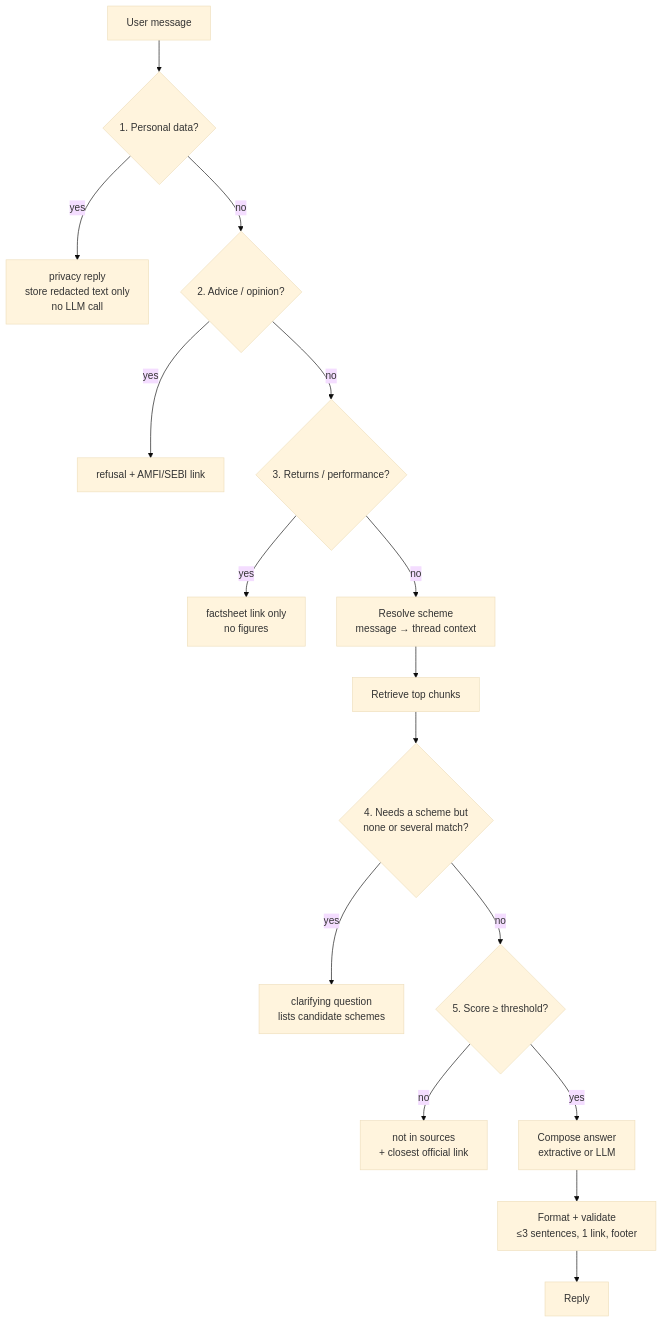
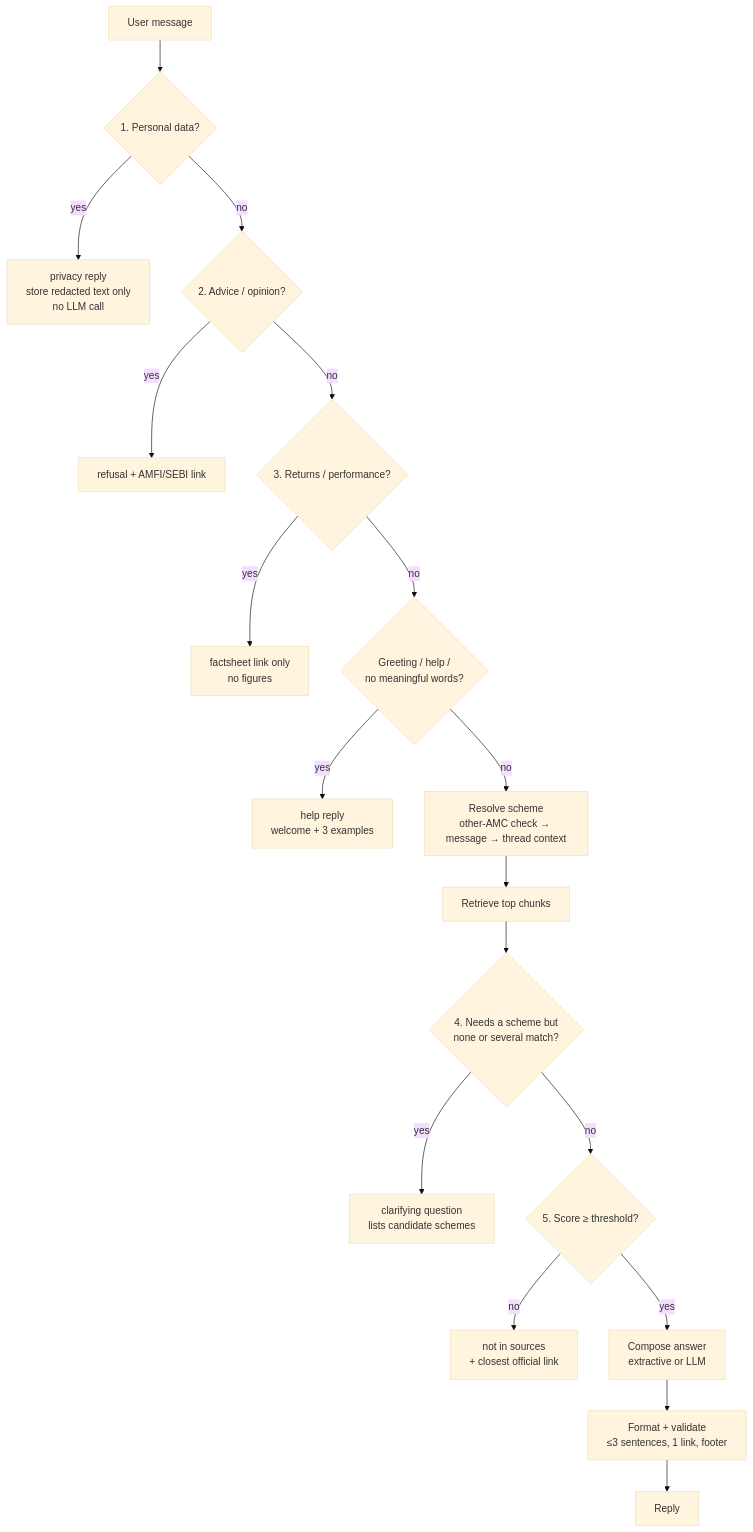
Before and after one commit to fxdarshan/02-BoloSIP: the third of 5 diagrams in Doc/architecture.md, drawn with Mermaid (base theme). The commit also changed other lines of this file and 2 other files, not shown here.

````diff
--- a/Doc/architecture.md
+++ b/Doc/architecture.md
@@ -198,18 +198,20 @@
 ```mermaid
 flowchart TD
     A[User message] --> B{1. Personal data?}
     B -- yes --> B1[privacy reply<br/>store redacted text only<br/>no LLM call]
     B -- no --> C{2. Advice / opinion?}
     C -- yes --> C1[refusal + AMFI/SEBI link]
     C -- no --> D{3. Returns / performance?}
     D -- yes --> D1[factsheet link only<br/>no figures]
-    D -- no --> E[Resolve scheme<br/>message → thread context]
+    D -- no --> HP{Greeting / help /<br/>no meaningful words?}
+    HP -- yes --> HP1[help reply<br/>welcome + 3 examples]
+    HP -- no --> E[Resolve scheme<br/>other-AMC check → message → thread context]
     E --> F[Retrieve top chunks]
     F --> G{4. Needs a scheme but<br/>none or several match?}
     G -- yes --> G1[clarifying question<br/>lists candidate schemes]
     G -- no --> H{5. Score ≥ threshold?}
     H -- no --> H1[not in sources<br/>+ closest official link]
     H -- yes --> I[Compose answer<br/>extractive or LLM]
     I --> J[Format + validate<br/>≤3 sentences, 1 link, footer]
     J --> K[Reply]
 ```
````
